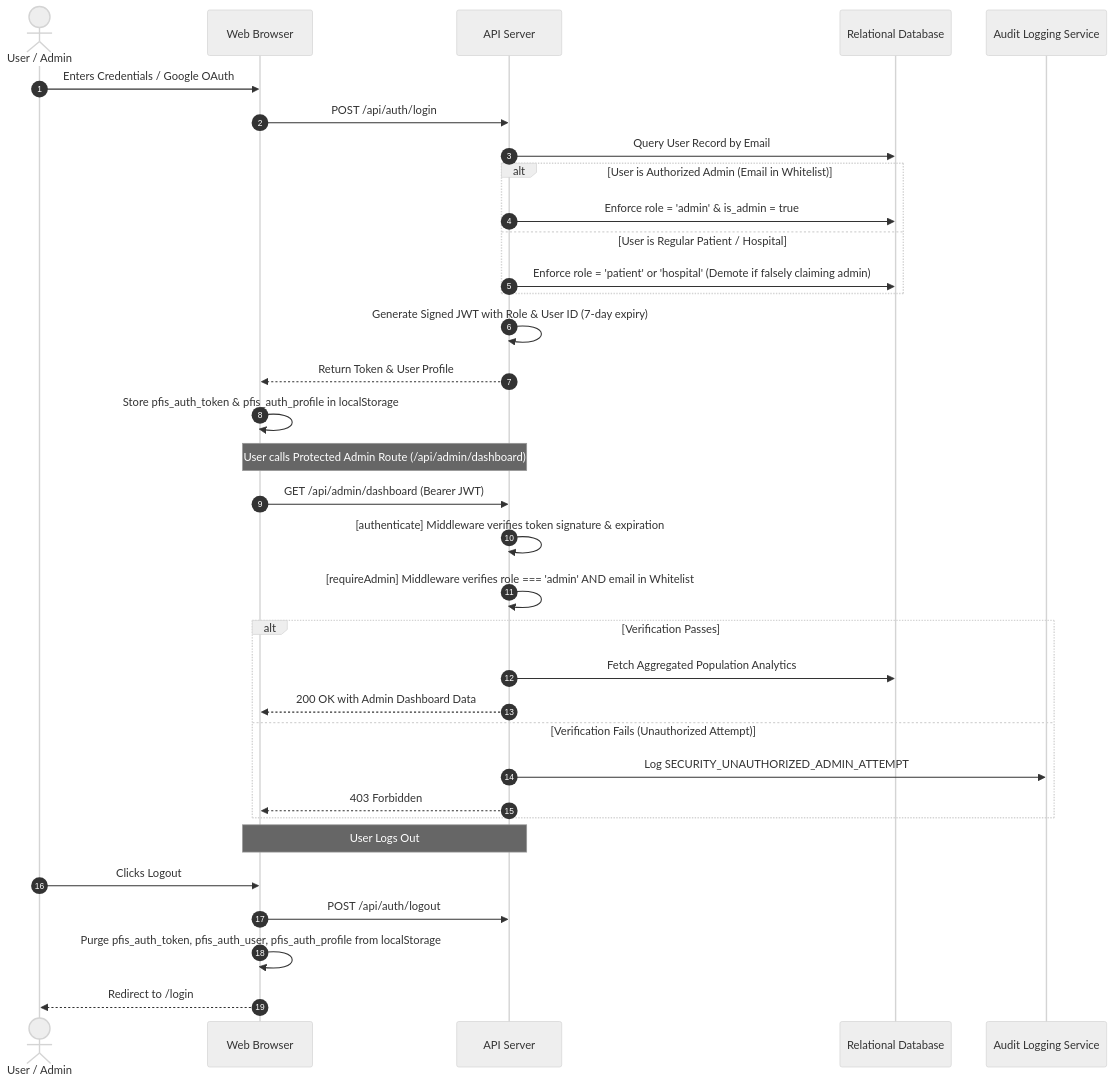
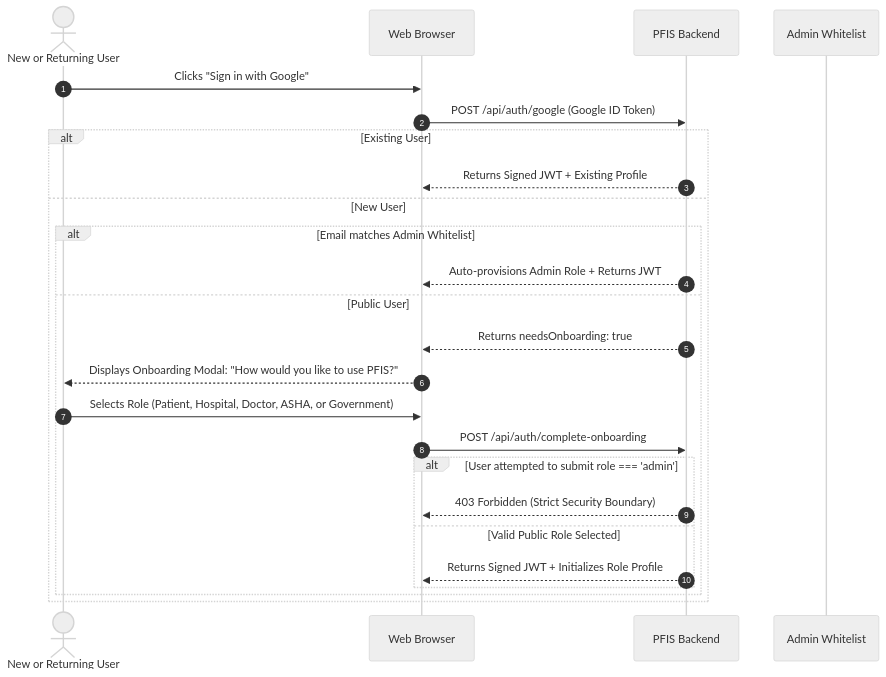
The seventh of 7 diagrams in WORKFLOW.md (satyamhq/pfis), drawn with Mermaid (neutral theme) before and after one commit. The commit also changed other lines of this file and 7 other files, not shown here.

````diff
--- a/WORKFLOW.md
+++ b/WORKFLOW.md
@@ -95,42 +130,29 @@
 ```mermaid
 sequenceDiagram
     autonumber
-    actor User as User / Admin
-    participant Client as Web Browser
-    participant API as API Server
-    participant DB as Relational Database
-    participant Audit as Audit Logging Service
+    actor User as New or Returning User
+    participant Browser as Web Browser
+    participant API as PFIS Backend
+    participant Whitelist as Admin Whitelist
 
-    User->>Client: Enters Credentials / Google OAuth
-    Client->>API: POST /api/auth/login
-    API->>DB: Query User Record by Email
+    User->>Browser: Clicks "Sign in with Google"
+    Browser->>API: POST /api/auth/google (Google ID Token)
     
-    alt User is Authorized Admin (Email in Whitelist)
-        API->>DB: Enforce role = 'admin' & is_admin = true
-    else User is Regular Patient / Hospital
-        API->>DB: Enforce role = 'patient' or 'hospital' (Demote if falsely claiming admin)
+    alt Existing User
+        API-->>Browser: Returns Signed JWT + Existing Profile
+    else New User
+        alt Email matches Admin Whitelist
+            API-->>Browser: Auto-provisions Admin Role + Returns JWT
+        else Public User
+            API-->>Browser: Returns needsOnboarding: true
+            Browser-->>User: Displays Onboarding Modal: "How would you like to use PFIS?"
+            User->>Browser: Selects Role (Patient, Hospital, Doctor, ASHA, or Government)
+            Browser->>API: POST /api/auth/complete-onboarding
+            alt User attempted to submit role === 'admin'
+                API-->>Browser: 403 Forbidden (Strict Security Boundary)
+            else Valid Public Role Selected
+                API-->>Browser: Returns Signed JWT + Initializes Role Profile
+            end
+        end
     end
-
-    API->>API: Generate Signed JWT with Role & User ID (7-day expiry)
-    API-->>Client: Return Token & User Profile
-    Client->>Client: Store pfis_auth_token & pfis_auth_profile in localStorage
-
-    Note over Client,API: User calls Protected Admin Route (/api/admin/dashboard)
-    Client->>API: GET /api/admin/dashboard (Bearer JWT)
-    API->>API: [authenticate] Middleware verifies token signature & expiration
-    API->>API: [requireAdmin] Middleware verifies role === 'admin' AND email in Whitelist
-    
-    alt Verification Passes
-        API->>DB: Fetch Aggregated Population Analytics
-        API-->>Client: 200 OK with Admin Dashboard Data
-    else Verification Fails (Unauthorized Attempt)
-        API->>Audit: Log SECURITY_UNAUTHORIZED_ADMIN_ATTEMPT
-        API-->>Client: 403 Forbidden
-    end
-
-    Note over Client,API: User Logs Out
-    User->>Client: Clicks Logout
-    Client->>API: POST /api/auth/logout
-    Client->>Client: Purge pfis_auth_token, pfis_auth_user, pfis_auth_profile from localStorage
-    Client-->>User: Redirect to /login
 ```
````
